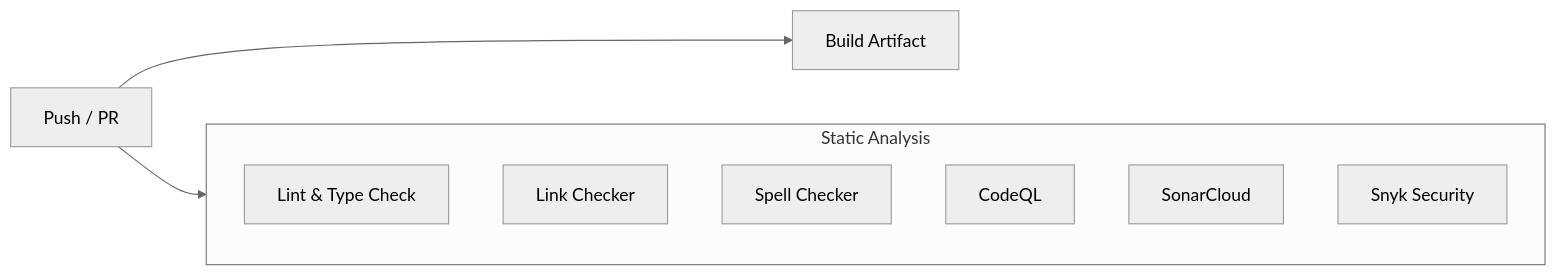
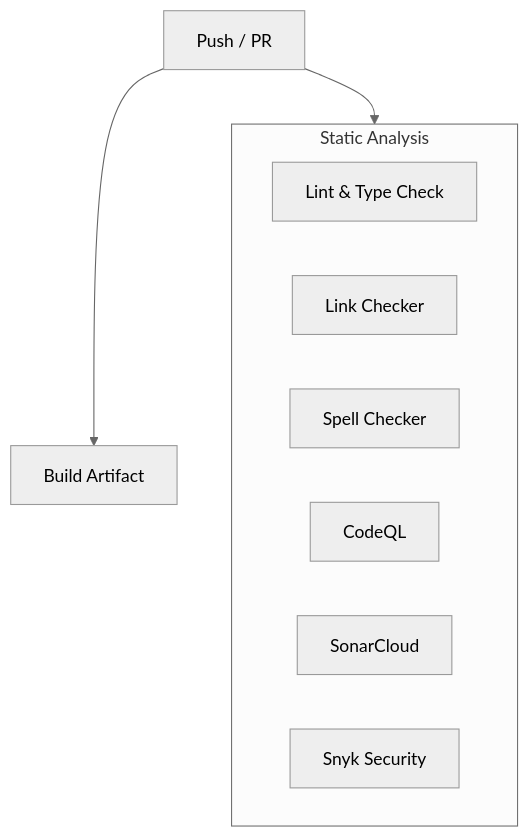
The second of 3 diagrams in README.md (jmrplens/jmrp.io), drawn with Mermaid (neutral theme) before and after one commit. The commit also changed other lines of this file, not shown here.

Commit message:
Update mermaid diagram flow direction
Changed the direction of flow in the mermaid diagram for static analysis and content validations.

````diff
--- a/README.md
+++ b/README.md
@@ -144,15 +144,15 @@
 ```mermaid
-graph LR
+graph TD
     Trigger[Push / PR] --> SA[Static Analysis]
     Trigger --> Build[Build Artifact]
 
     subgraph SA [Static Analysis]
-        direction TB
+        direction LR
         Lint[Lint & Type Check]
         Links[Link Checker]
         Spell[Spell Checker]
         CodeQL
         Sonar[SonarCloud]
         Snyk[Snyk Security]
     end
 ```
````
